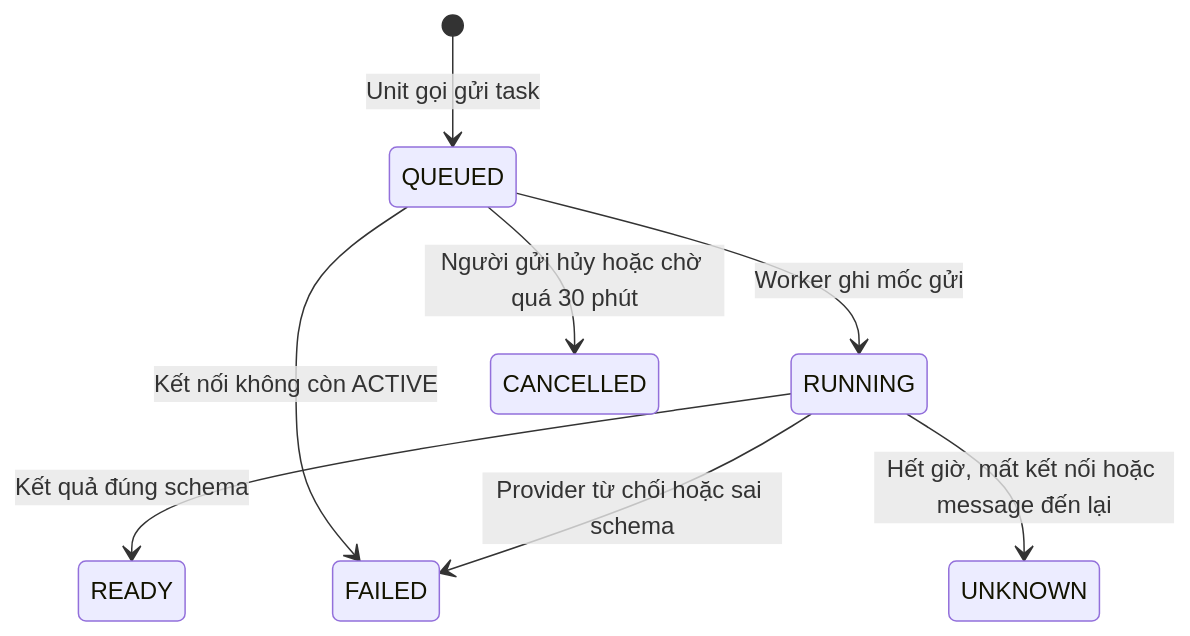
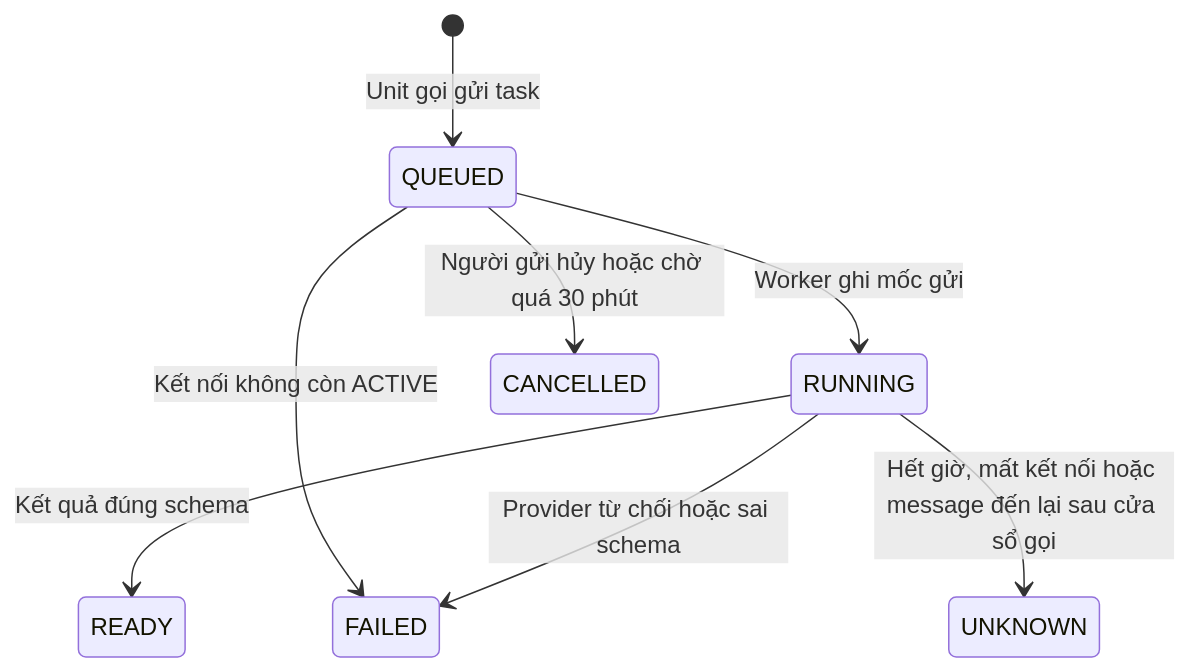
Before and after one commit to hygef-v4/AI-Powered-Learning-Platform: the second of 2 diagrams in aidlc-docs/construction/u06-ai-connections/functional-design/domain-entities.md, drawn with Mermaid. The commit also changed 30 other files, not shown here.

````diff
--- a/aidlc-docs/construction/u06-ai-connections/functional-design/domain-entities.md
+++ b/aidlc-docs/construction/u06-ai-connections/functional-design/domain-entities.md
@@ -77,10 +77,10 @@
 ```mermaid
 stateDiagram-v2
     [*] --> QUEUED: Unit gọi gửi task
     QUEUED --> RUNNING: Worker ghi mốc gửi
     QUEUED --> CANCELLED: Người gửi hủy hoặc chờ quá 30 phút
     QUEUED --> FAILED: Kết nối không còn ACTIVE
     RUNNING --> READY: Kết quả đúng schema
     RUNNING --> FAILED: Provider từ chối hoặc sai schema
-    RUNNING --> UNKNOWN: Hết giờ, mất kết nối hoặc message đến lại
+    RUNNING --> UNKNOWN: Hết giờ, mất kết nối hoặc message đến lại sau cửa sổ gọi
 ```
````
